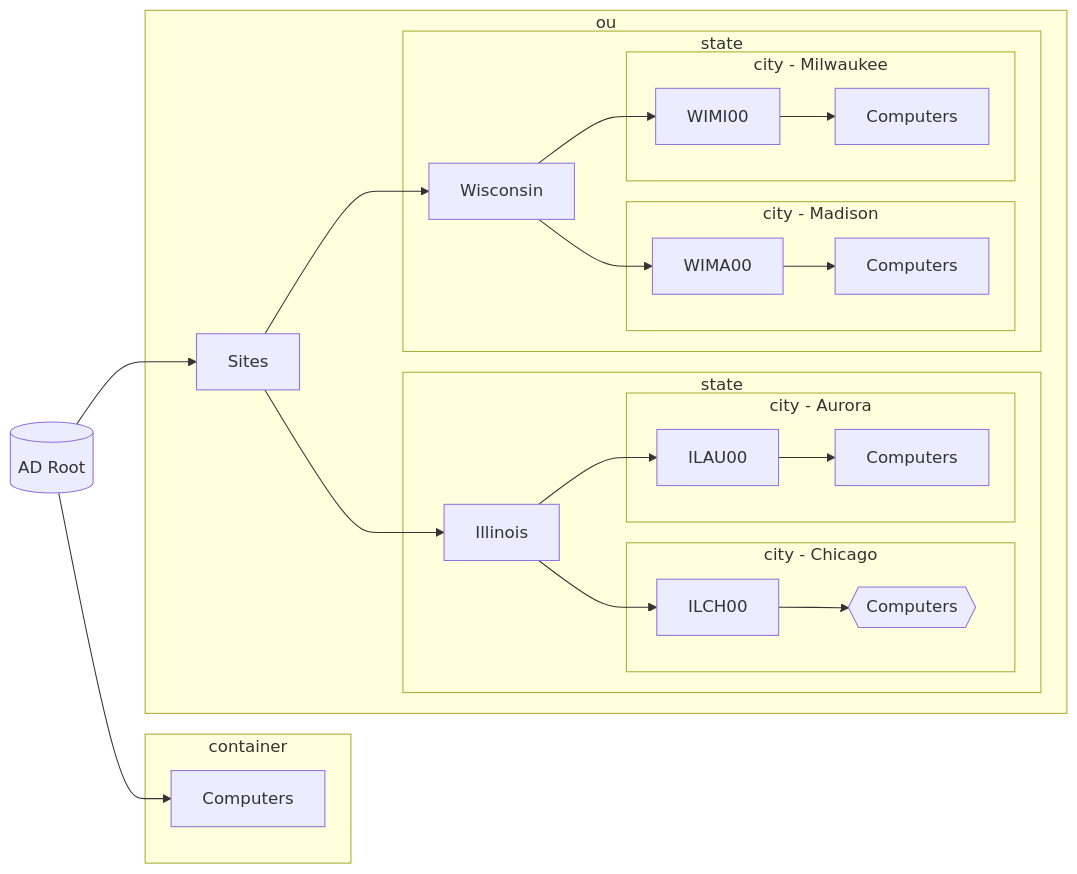
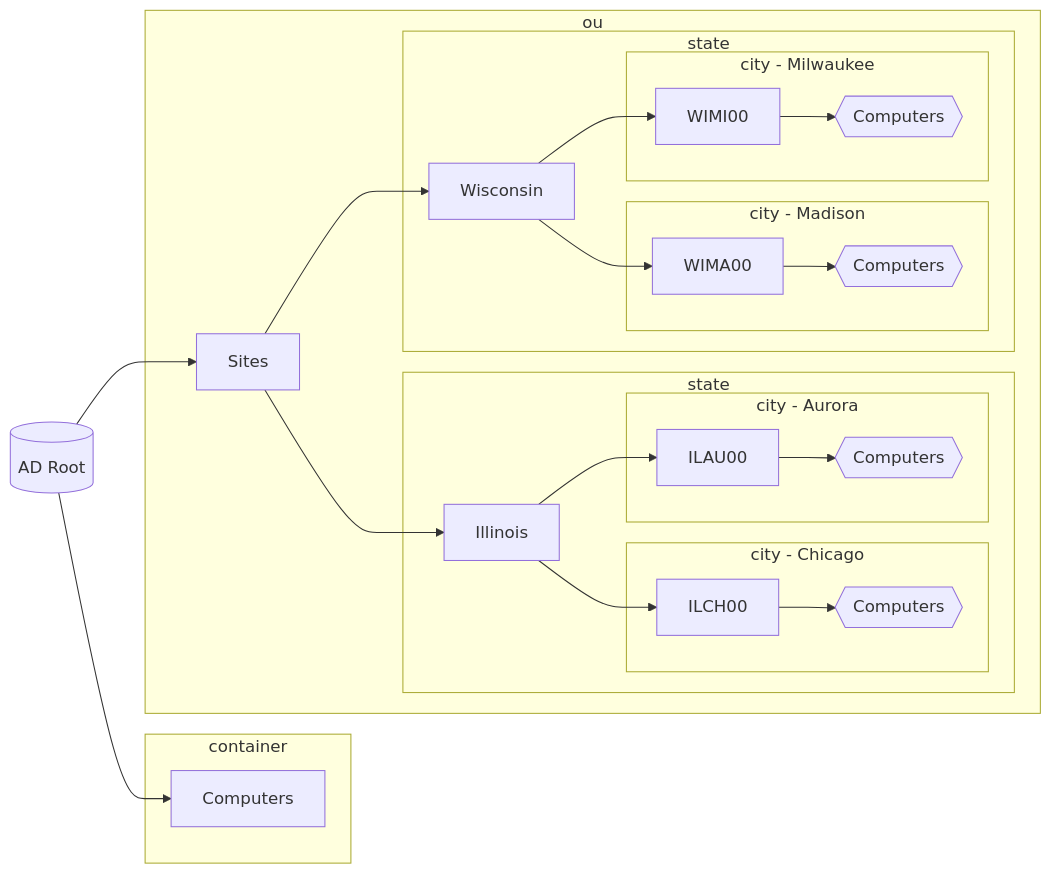
The diagram in powershell-scripts/Move-ComputersByStateSiteCode/README.md (emerconnelly/sysadmin), drawn with Mermaid before and after one commit.

````diff
--- a/powershell-scripts/Move-ComputersByStateSiteCode/README.md
+++ b/powershell-scripts/Move-ComputersByStateSiteCode/README.md
@@ -13,33 +13,33 @@
 ```mermaid
 flowchart LR
     ad1[(AD Root)]
     ad1 --> computers1[Computers]
         subgraph container1[container]
         computers1
         end
     ad1 --> Sites
         subgraph ou1[ou]
         Sites --> Illinois
             subgraph state1[state]
             Illinois --> ILCH00
                 subgraph city1[city - Chicago]
                 ILCH00 --> computer1{{Computers}}
                 end
             Illinois --> ILAU00
                 subgraph city2[city - Aurora]
-                ILAU00 --> computer2[Computers]
+                ILAU00 --> computer2{{Computers}}
                 end
             end
         Sites --> Wisconsin
             subgraph state2[state]
             Wisconsin --> WIMA00
                 subgraph city3[city - Madison]
-                WIMA00 --> computer3[Computers]
+                WIMA00 --> computer3{{Computers}}
                 end
             Wisconsin --> WIMI00
                 subgraph city4[city - Milwaukee]
-                WIMI00 --> computer4[Computers]
+                WIMI00 --> computer4{{Computers}}
                 end
             end
         end
 ```
````
